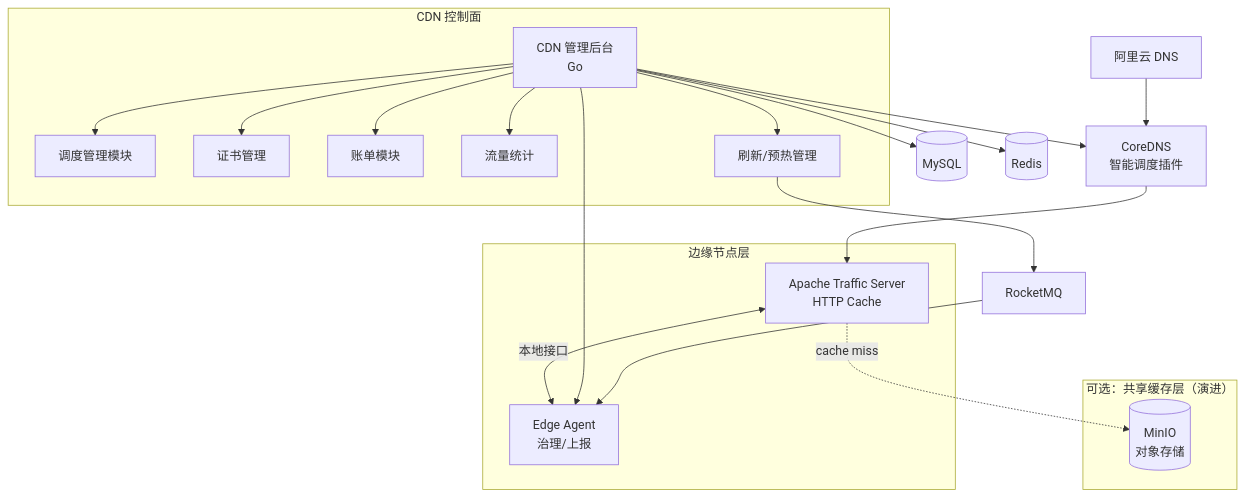
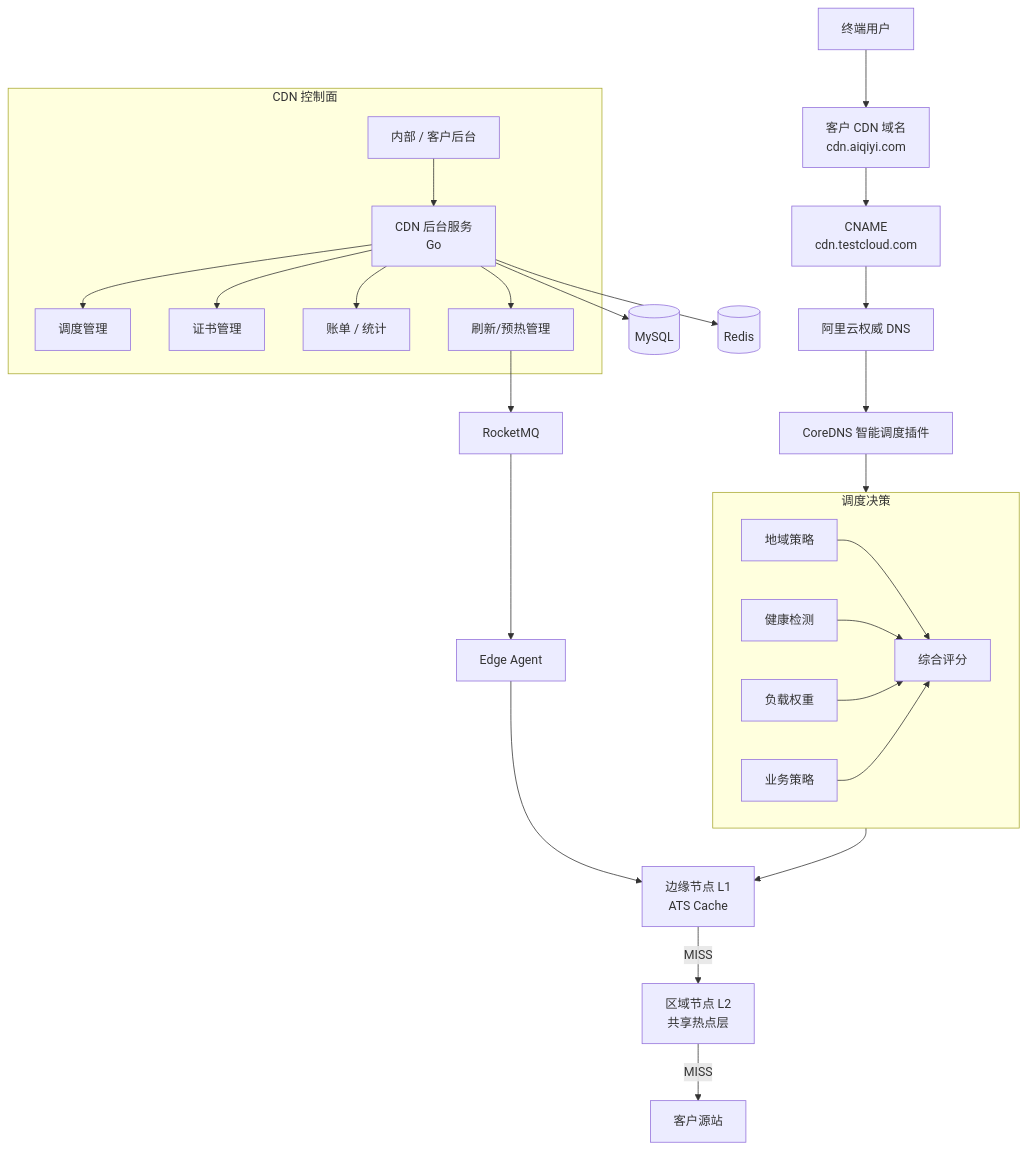
The second of 5 diagrams in program/cdn系统总结.md (HK-CH2018/interview), drawn with Mermaid before and after one commit. The commit also changed other lines of this file and 1 other file, not shown here.

````diff
--- a/program/cdn系统总结.md
+++ b/program/cdn系统总结.md
@@ -151,59 +141,46 @@
 ```mermaid
 flowchart TB
-    %% ========= DNS 层 =========
-    AliDNS[阿里云 DNS]
-    CoreDNS[CoreDNS<br/>智能调度插件]
+    User[终端用户] --> CustomerDomain[客户 CDN 域名<br/>cdn.aiqiyi.com]
+    CustomerDomain --> CNAME[CNAME<br/>cdn.testcloud.com]
+    CNAME --> AliDNS[阿里云权威 DNS]
+    AliDNS --> CoreDNS[CoreDNS 智能调度插件]
 
-    %% ========= 边缘层 =========
-    subgraph EdgeLayer[边缘节点层]
-        ATS[Apache Traffic Server<br/>HTTP Cache]
-        Agent[Edge Agent<br/>治理/上报]
-        ATS <-->|本地接口| Agent
+    subgraph Scheduler[调度决策]
+        Region[地域策略]
+        Health[健康检测]
+        Load[负载权重]
+        Policy[业务策略]
+        Region --> Score[综合评分]
+        Health --> Score
+        Load --> Score
+        Policy --> Score
     end
 
-    %% ========= 控制面 =========
+    CoreDNS --> Scheduler
+    Scheduler --> EdgeL1[边缘节点 L1<br/>ATS Cache]
+    EdgeL1 -->|MISS| EdgeL2[区域节点 L2<br/>共享热点层]
+    EdgeL2 -->|MISS| Origin[客户源站]
+
     subgraph ControlPlane[CDN 控制面]
-        Backend[CDN 管理后台<br/>Go]
-        Scheduler[调度管理模块]
+        Admin[内部 / 客户后台]
+        Backend[CDN 后台服务<br/>Go]
+        Dispatch[调度管理]
         Cert[证书管理]
-        Billing[账单模块]
-        Stat[流量统计]
+        Billing[账单 / 统计]
         Refresh[刷新/预热管理]
-
-        Backend --> Scheduler
+        Admin --> Backend
+        Backend --> Dispatch
         Backend --> Cert
         Backend --> Billing
-        Backend --> Stat
         Backend --> Refresh
     end
 
-    %% ========= 存储 =========
     MySQL[(MySQL)]
     Redis[(Redis)]
-
-    %% ========= MQ =========
     MQ[RocketMQ]
-
-    %% ========= 可选缓存池 =========
-    subgraph Optional[可选：共享缓存层（演进）]
-        MinIO[(MinIO<br/>对象存储)]
-    end
-
-    %% ========= 流量路径 =========
-    AliDNS --> CoreDNS
-    CoreDNS --> ATS
-
-    %% ========= 控制与治理 =========
-    Backend --> CoreDNS
-    Backend --> Agent
-    Refresh --> MQ
-    MQ --> Agent
-
-    %% ========= 数据 =========
     Backend --> MySQL
     Backend --> Redis
-
-    %% ========= 可选回源 =========
-    ATS -.cache miss .-> MinIO
-
+    Refresh --> MQ
+    MQ --> Agent[Edge Agent]
+    Agent --> EdgeL1
 ```
````
